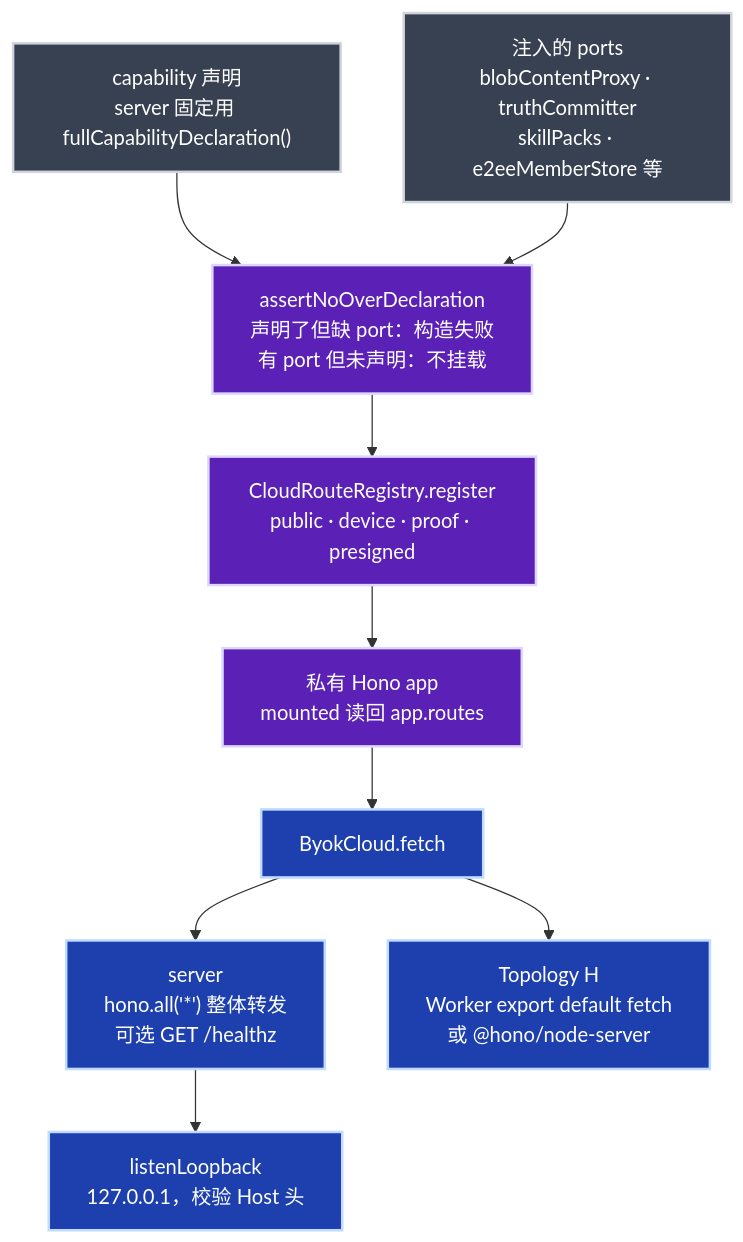
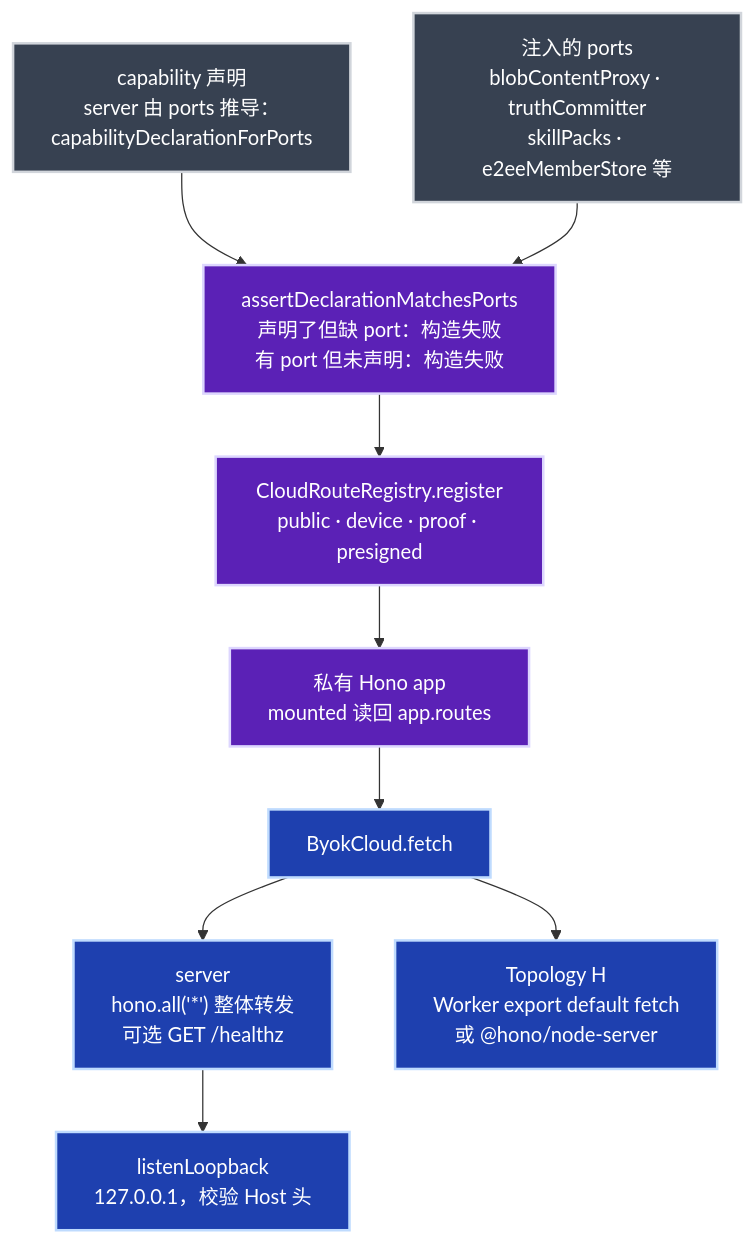
One commit to Ancienttwo/byok-sdk changed the fifth of 5 diagrams in docs/architecture/process-namespace-topology.md. Above: the diagram before and after it, drawn with Mermaid. The commit also changed other lines of this file and 29 other files, not shown here.

First line of the commit message:
feat(cloud,server)!: check capability declarations against ports both ways (#1096)

````diff
--- a/docs/architecture/process-namespace-topology.md
+++ b/docs/architecture/process-namespace-topology.md
@@ -256,22 +256,22 @@
 ```mermaid
 flowchart TB
   classDef in fill:#374151,stroke:#d1d5db,stroke-width:2px,color:#fff
   classDef kernel fill:#5b21b6,stroke:#ddd6fe,stroke-width:2px,color:#fff
   classDef out fill:#1e40af,stroke:#bfdbfe,stroke-width:2px,color:#fff
 
-  Decl["capability 声明<br/>server 固定用 fullCapabilityDeclaration()"]:::in
+  Decl["capability 声明<br/>server 由 ports 推导：capabilityDeclarationForPorts"]:::in
   Ports["注入的 ports<br/>blobContentProxy · truthCommitter<br/>skillPacks · e2eeMemberStore 等"]:::in
-  Check["assertNoOverDeclaration<br/>声明了但缺 port：构造失败<br/>有 port 但未声明：不挂载"]:::kernel
+  Check["assertDeclarationMatchesPorts<br/>声明了但缺 port：构造失败<br/>有 port 但未声明：构造失败"]:::kernel
   Reg["CloudRouteRegistry.register<br/>public · device · proof · presigned"]:::kernel
   App["私有 Hono app<br/>mounted 读回 app.routes"]:::kernel
   Fetch["ByokCloud.fetch"]:::out
   MountL["server<br/>hono.all('*') 整体转发<br/>可选 GET /healthz"]:::out
   Loop["listenLoopback<br/>127.0.0.1，校验 Host 头"]:::out
   MountH["Topology H<br/>Worker export default fetch<br/>或 @hono/node-server"]:::out
 
   Decl --> Check
   Ports --> Check
   Check --> Reg --> App --> Fetch
   Fetch --> MountL --> Loop
   Fetch --> MountH
 ```
````
